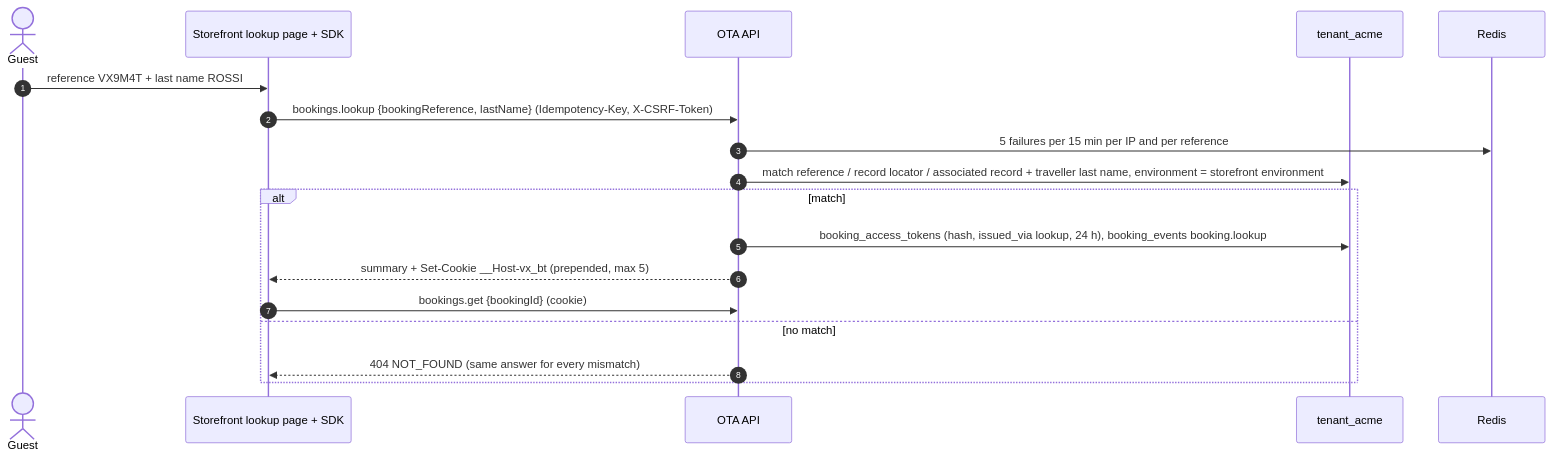
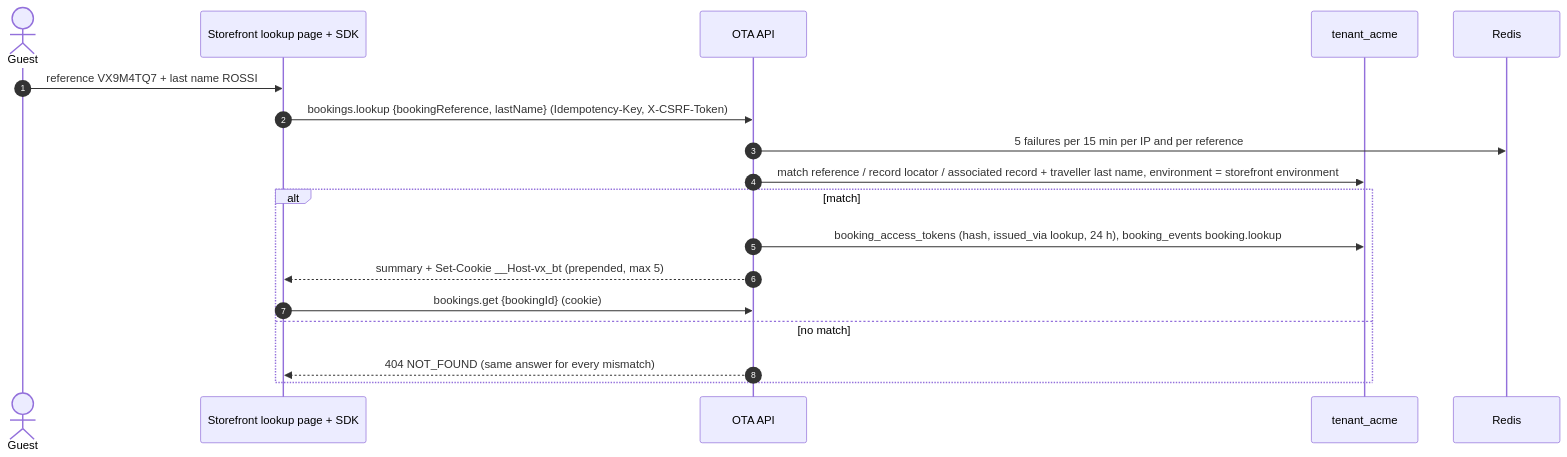
The second of 2 diagrams in ota/docs/flows/my-bookings-and-guest-lookup.md (bhagwati-prasad/velexis-ota), drawn with Mermaid before and after one commit. The commit also changed 27 other files, not shown here.

````diff
--- a/ota/docs/flows/my-bookings-and-guest-lookup.md
+++ b/ota/docs/flows/my-bookings-and-guest-lookup.md
@@ -40,21 +40,21 @@
 ```mermaid
 sequenceDiagram
   autonumber
   actor G as Guest
   participant B as Storefront lookup page + SDK
   participant O as OTA API
   participant D as tenant_acme
   participant R as Redis
 
-  G->>B: reference VX9M4T + last name ROSSI
+  G->>B: reference VX9M4TQ7 + last name ROSSI
   B->>O: bookings.lookup {bookingReference, lastName} (Idempotency-Key, X-CSRF-Token)
   O->>R: 5 failures per 15 min per IP and per reference
   O->>D: match reference / record locator / associated record + traveller last name, environment = storefront environment
   alt match
     O->>D: booking_access_tokens (hash, issued_via lookup, 24 h), booking_events booking.lookup
     O-->>B: summary + Set-Cookie __Host-vx_bt (prepended, max 5)
     B->>O: bookings.get {bookingId} (cookie)
   else no match
     O-->>B: 404 NOT_FOUND (same answer for every mismatch)
   end
 ```
````
